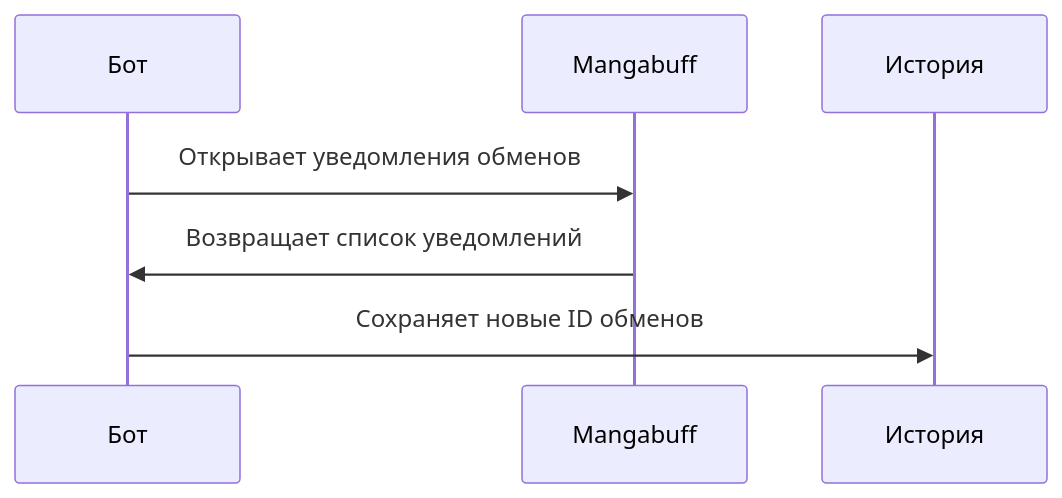
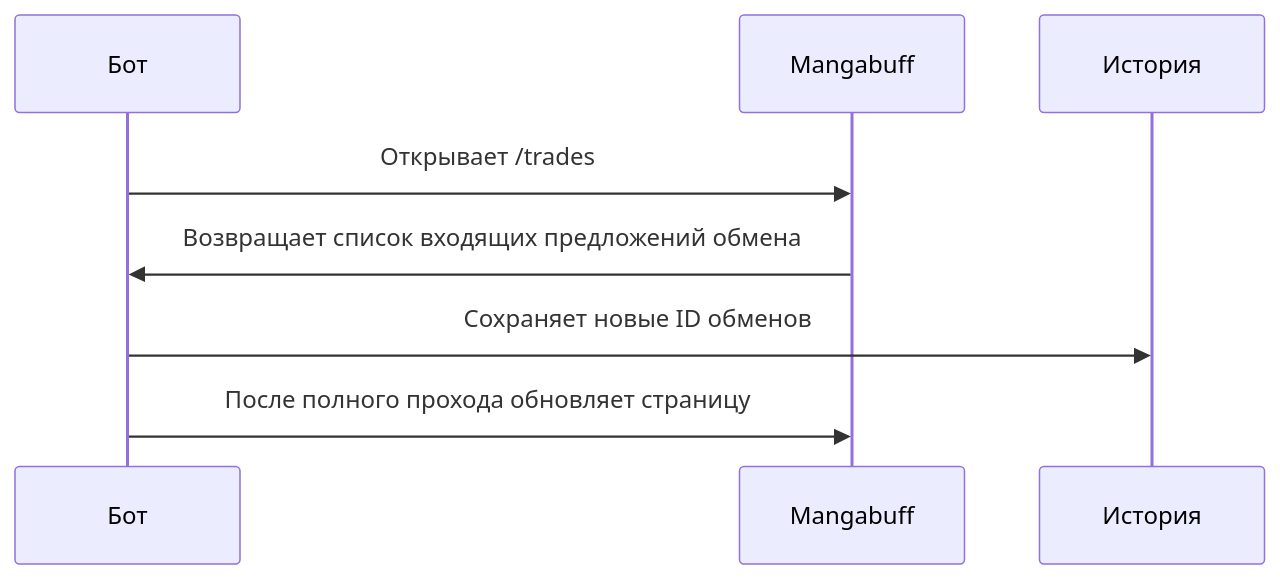
One commit to ElderlyDachshund/MangaBaryga changed the second of 11 diagrams in prd.md. Above: the diagram before and after it, drawn with Mermaid. The commit also changed other lines of this file, not shown here.

Commit message:
docs(prd): refine trade bot requirements

````diff
--- a/prd.md
+++ b/prd.md
@@ -166,9 +188,10 @@
     ```mermaid
     sequenceDiagram
         participant Bot as Бот
         participant Site as Mangabuff
         participant DB as История
-        Bot->>Site: Открывает уведомления обменов
-        Site->>Bot: Возвращает список уведомлений
+        Bot->>Site: Открывает /trades
+        Site->>Bot: Возвращает список входящих предложений обмена
         Bot->>DB: Сохраняет новые ID обменов
+        Bot->>Site: После полного прохода обновляет страницу
     ```
````
